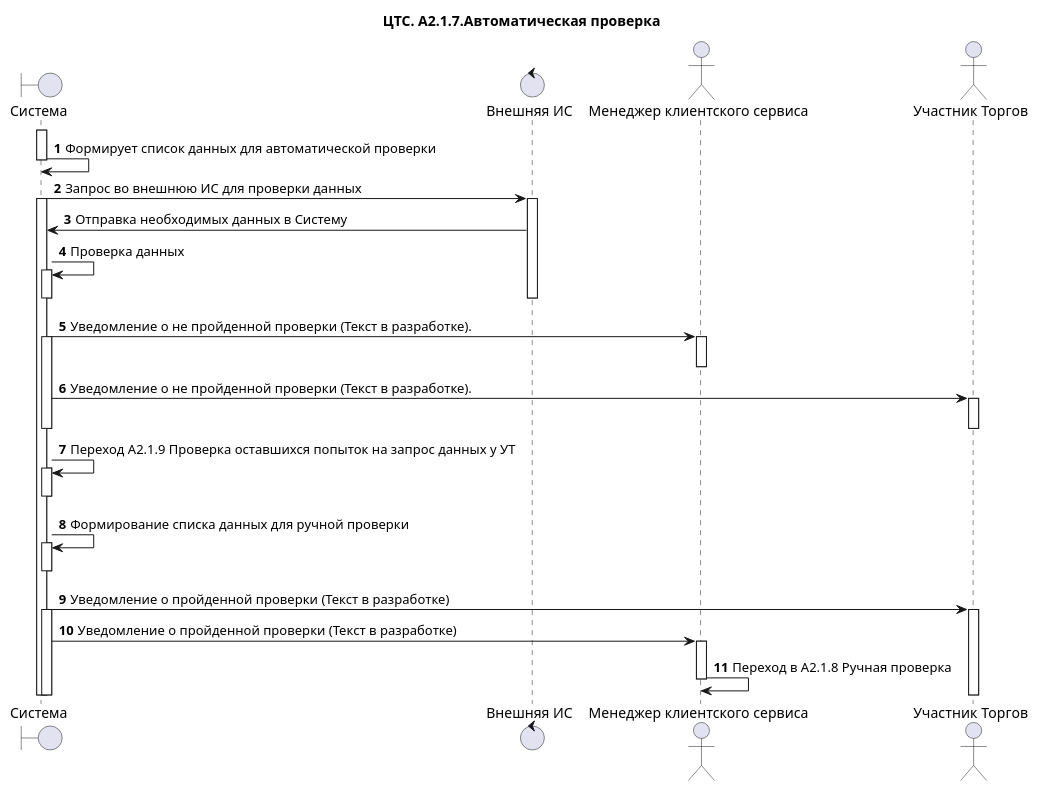
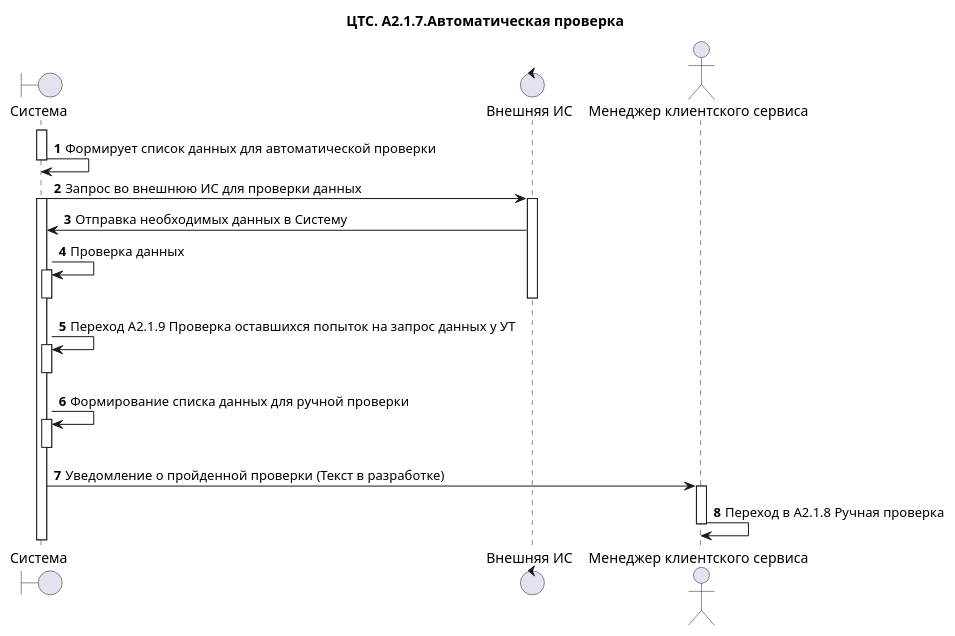
Before and after one commit to moaxmoaxpxrf4jag/CTS.Documentation: the diagram in Project solutions/БП. Диаграммы/A2.Управление организациями-УТ/A2.1.Подключение новой Организации-УТ/ЦТС. А2.1.7. Автоматическая проверка.puml, drawn with PlantUML.

Commit message:
Обновлено ЦТС. А2.1.7. Автоматическая проверка.puml

```diff
--- a/Project solutions/БП. Диаграммы/A2.Управление организациями-УТ/A2.1.Подключение новой Организации-УТ/ЦТС. А2.1.7. Автоматическая проверка.puml
+++ b/Project solutions/БП. Диаграммы/A2.Управление организациями-УТ/A2.1.Подключение новой Организации-УТ/ЦТС. А2.1.7. Автоматическая проверка.puml
@@ -1,57 +1,44 @@
 @startuml
 title "ЦТС. А2.1.7.Автоматическая проверка"
 
 boundary "Система" as System
 Control "Внешняя ИС" as ExternaInformationSystem
 actor "Менеджер клиентского сервиса" as CustomerServiceManager
-actor "Участник Торгов" as User
+
 
 autonumber
 
 activate System
 System->System: Формирует список данных для автоматической проверки 
 deactivate System
 
 System->ExternaInformationSystem: Запрос во внешнюю ИС для проверки данных
 activate System
 activate ExternaInformationSystem
 
 ExternaInformationSystem->System: Отправка необходимых данных в Систему
 System->System:Проверка данных
 activate System
 deactivate System
 deactivate ExternaInformationSystem
 
 
 /'Если проверка не пройдена'/
 
-System->CustomerServiceManager:Уведомление о не пройденной проверки (Текст в разработке).
-activate System
-activate CustomerServiceManager
-deactivate CustomerServiceManager
-
-System->User:Уведомление о не пройденной проверки (Текст в разработке).
-activate User
-deactivate User
-deactivate System
-
 System->System: Переход А2.1.9 Проверка оставшихся попыток на запрос данных у УТ
 activate System
 deactivate System
 
 /'Если проверка пройдена'/
 
 System->System:Формирование списка данных для ручной проверки
 activate System
 deactivate System
 
-System->User:Уведомление о пройденной проверки (Текст в разработке)
-activate User
-activate System
 
 System->CustomerServiceManager:Уведомление о пройденной проверки (Текст в разработке)
 activate CustomerServiceManager
 CustomerServiceManager->CustomerServiceManager:Переход в А2.1.8 Ручная проверка
 deactivate CustomerServiceManager
 
 @enduml
```
